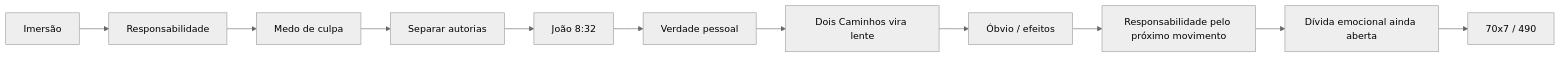
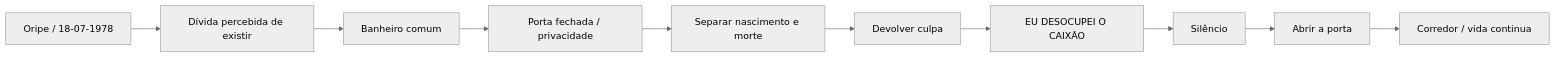
One commit to Sollimastudio/trilogia-sol-lima changed the third of 6 diagrams in 01_MORTE_EM_VIDA/MAPA_VISUAL_PARTE_IV_ATUAL.md. Above: the diagram before and after it, drawn with Mermaid (neutral theme). The commit also changed other lines of this file, not shown here.

````diff
--- a/01_MORTE_EM_VIDA/MAPA_VISUAL_PARTE_IV_ATUAL.md
+++ b/01_MORTE_EM_VIDA/MAPA_VISUAL_PARTE_IV_ATUAL.md
@@ -30,13 +33,12 @@
 ```mermaid
 flowchart LR
-A[Imersão] --> B[Responsabilidade]
-B --> C[Medo de culpa]
-C --> D[Separar autorias]
-D --> E[João 8:32]
-E --> F[Verdade pessoal]
-F --> G[Dois Caminhos vira lente]
-G --> H[Óbvio / efeitos]
-H --> I[Responsabilidade pelo próximo movimento]
-I --> J[Dívida emocional ainda aberta]
-J --> K[70x7 / 490]
+A[Oripe / 18-07-1978] --> B[Dívida percebida de existir]
+B --> C[Banheiro comum]
+C --> D[Porta fechada / privacidade]
+D --> E[Separar nascimento e morte]
+E --> F[Devolver culpa]
+F --> G[EU DESOCUPEI O CAIXÃO]
+G --> H[Silêncio]
+H --> I[Abrir a porta]
+I --> J[Corredor / vida continua]
 ```
````
